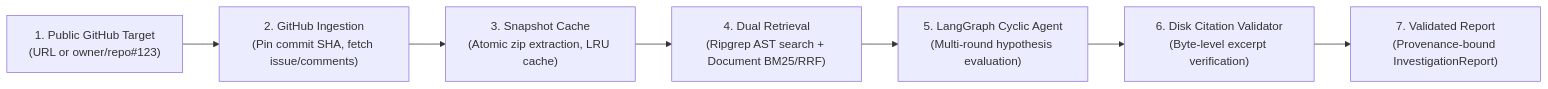
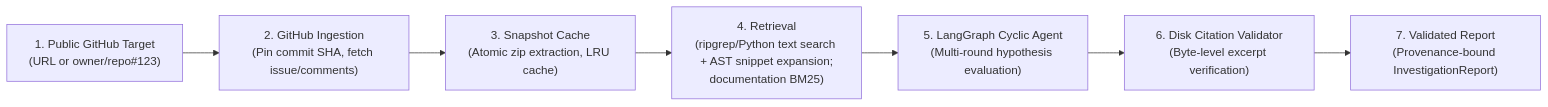
One commit to vishwaskotegar/Issuelens changed the diagram in README.md. Above: the diagram before and after it, drawn with Mermaid. The commit also changed other lines of this file and 14 other files, not shown here.

````diff
--- a/README.md
+++ b/README.md
@@ -25,9 +24,9 @@
 ```mermaid
 flowchart LR
     Target["1. Public GitHub Target<br/>(URL or owner/repo#123)"] --> Ingest["2. GitHub Ingestion<br/>(Pin commit SHA, fetch issue/comments)"]
     Ingest --> Snapshot["3. Snapshot Cache<br/>(Atomic zip extraction, LRU cache)"]
-    Snapshot --> Search["4. Dual Retrieval<br/>(Ripgrep AST search + Document BM25/RRF)"]
+    Snapshot --> Search["4. Retrieval<br/>(ripgrep/Python text search + AST snippet expansion;<br/>documentation BM25)"]
     Search --> Agent["5. LangGraph Cyclic Agent<br/>(Multi-round hypothesis evaluation)"]
     Agent --> Validator["6. Disk Citation Validator<br/>(Byte-level excerpt verification)"]
     Validator --> Report["7. Validated Report<br/>(Provenance-bound InvestigationReport)"]
 ```
````
